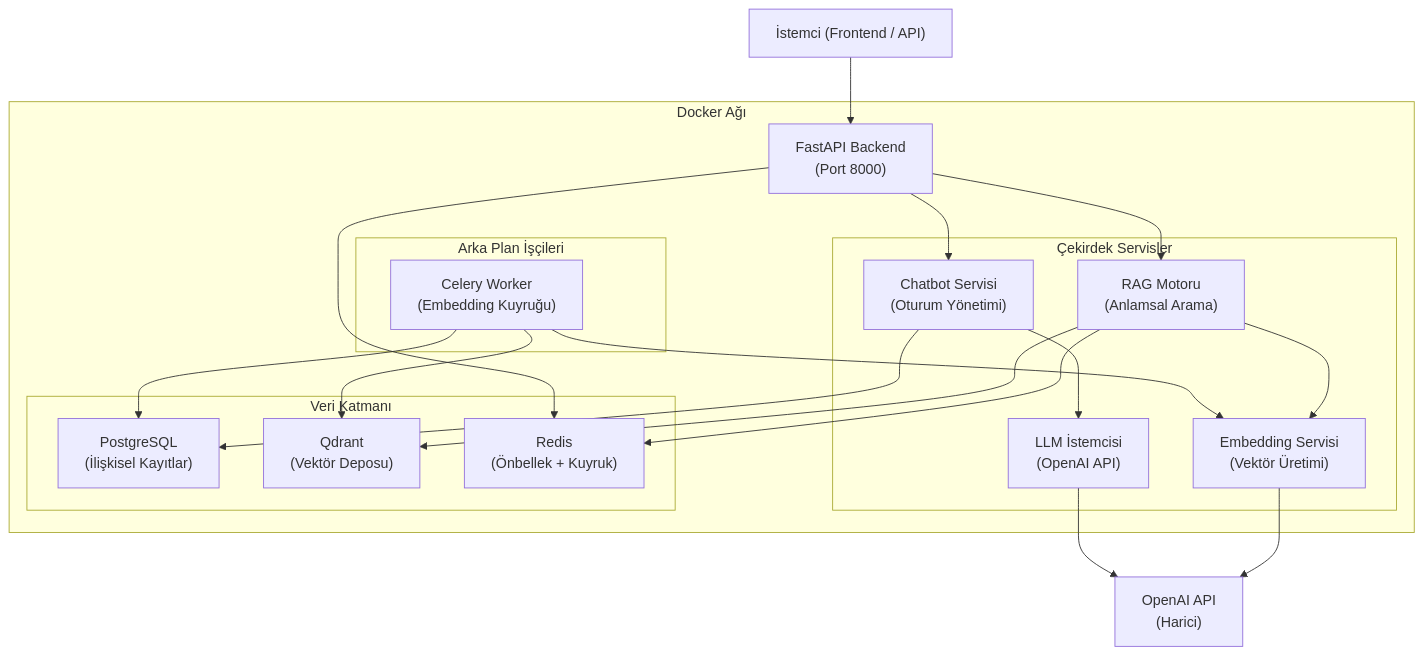
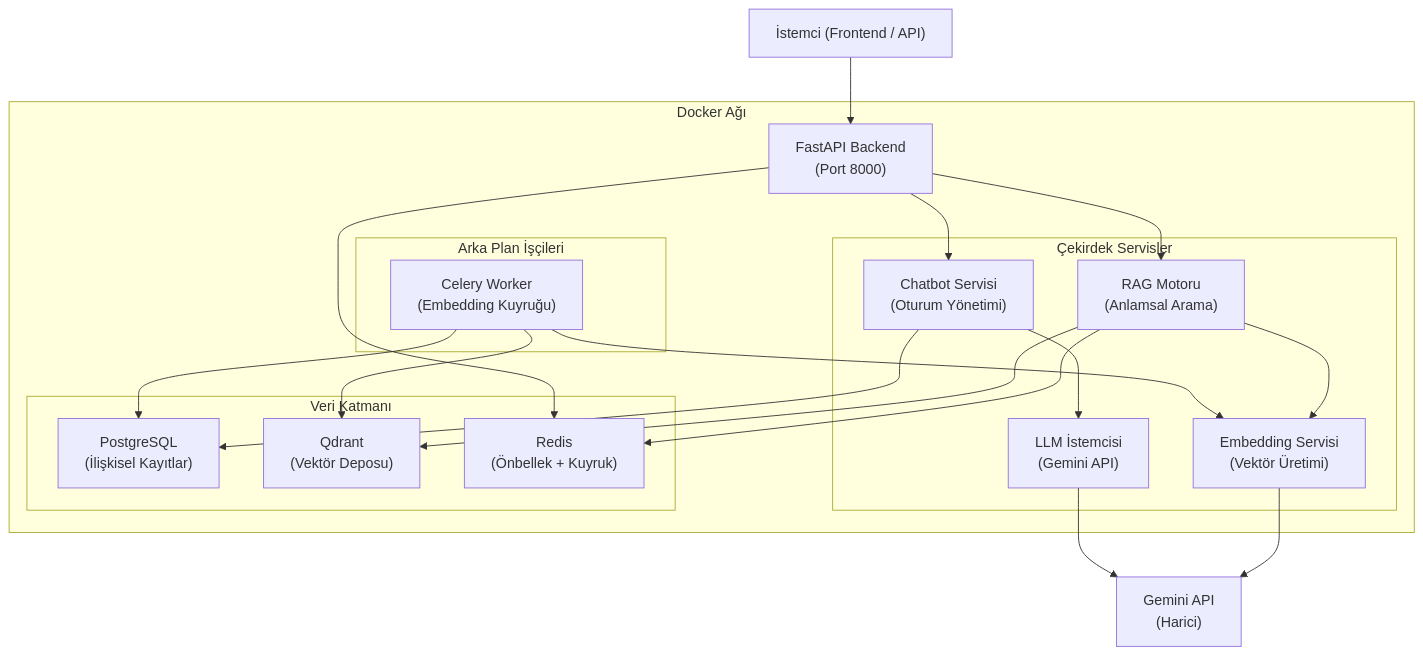
One commit to sevketbinali/Problem-Knowladge-Management changed the first of 4 diagrams in .kiro/specs/problem-knowledge-management/design.md. Above: the diagram before and after it, drawn with Mermaid. The commit also changed other lines of this file and 13 other files, not shown here.

Commit message:
GEMINI-API integration completed; feat: initialize project structure and implement core domain models with unit tests

````diff
--- a/.kiro/specs/problem-knowledge-management/design.md
+++ b/.kiro/specs/problem-knowledge-management/design.md
@@ -25,42 +25,42 @@
 ```mermaid
 graph TB
     Client["İstemci (Frontend / API)"]
     
     subgraph Docker_Network["Docker Ağı"]
         API["FastAPI Backend\n(Port 8000)"]
         
         subgraph Core_Services["Çekirdek Servisler"]
             ChatSvc["Chatbot Servisi\n(Oturum Yönetimi)"]
             RAGSvc["RAG Motoru\n(Anlamsal Arama)"]
             EmbedSvc["Embedding Servisi\n(Vektör Üretimi)"]
-            LLMSvc["LLM İstemcisi\n(OpenAI API)"]
+            LLMSvc["LLM İstemcisi\n(Gemini API)"]
         end
         
         subgraph Data_Layer["Veri Katmanı"]
             PG["PostgreSQL\n(İlişkisel Kayıtlar)"]
             Qdrant["Qdrant\n(Vektör Deposu)"]
             Redis["Redis\n(Önbellek + Kuyruk)"]
         end
         
         subgraph Workers["Arka Plan İşçileri"]
             Celery["Celery Worker\n(Embedding Kuyruğu)"]
         end
     end
     
-    OpenAI["OpenAI API\n(Harici)"]
+    Gemini["Gemini API\n(Harici)"]
     
     Client --> API
     API --> ChatSvc
     API --> RAGSvc
     ChatSvc --> LLMSvc
     RAGSvc --> EmbedSvc
     RAGSvc --> Qdrant
-    EmbedSvc --> OpenAI
-    LLMSvc --> OpenAI
+    EmbedSvc --> Gemini
+    LLMSvc --> Gemini
     ChatSvc --> PG
     RAGSvc --> Redis
     API --> Redis
     Celery --> EmbedSvc
     Celery --> Qdrant
     Celery --> PG
 ```
````
